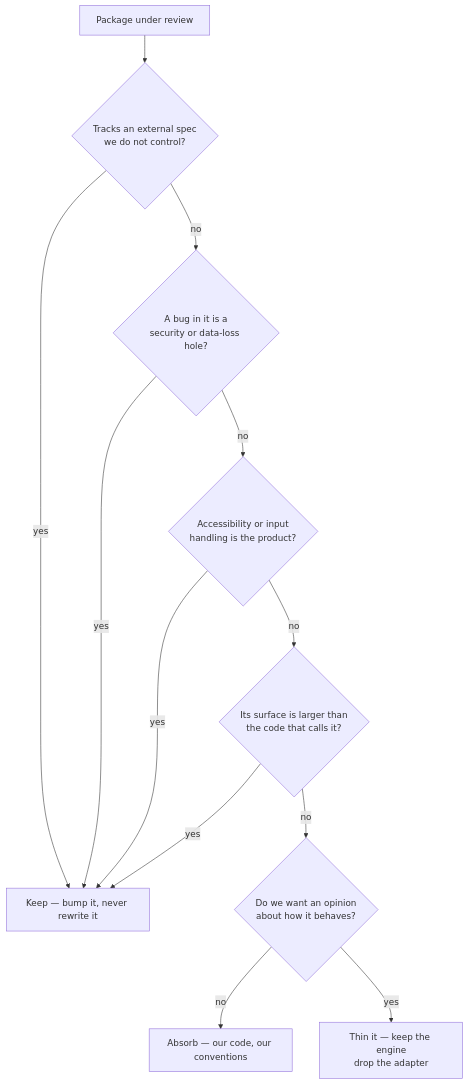
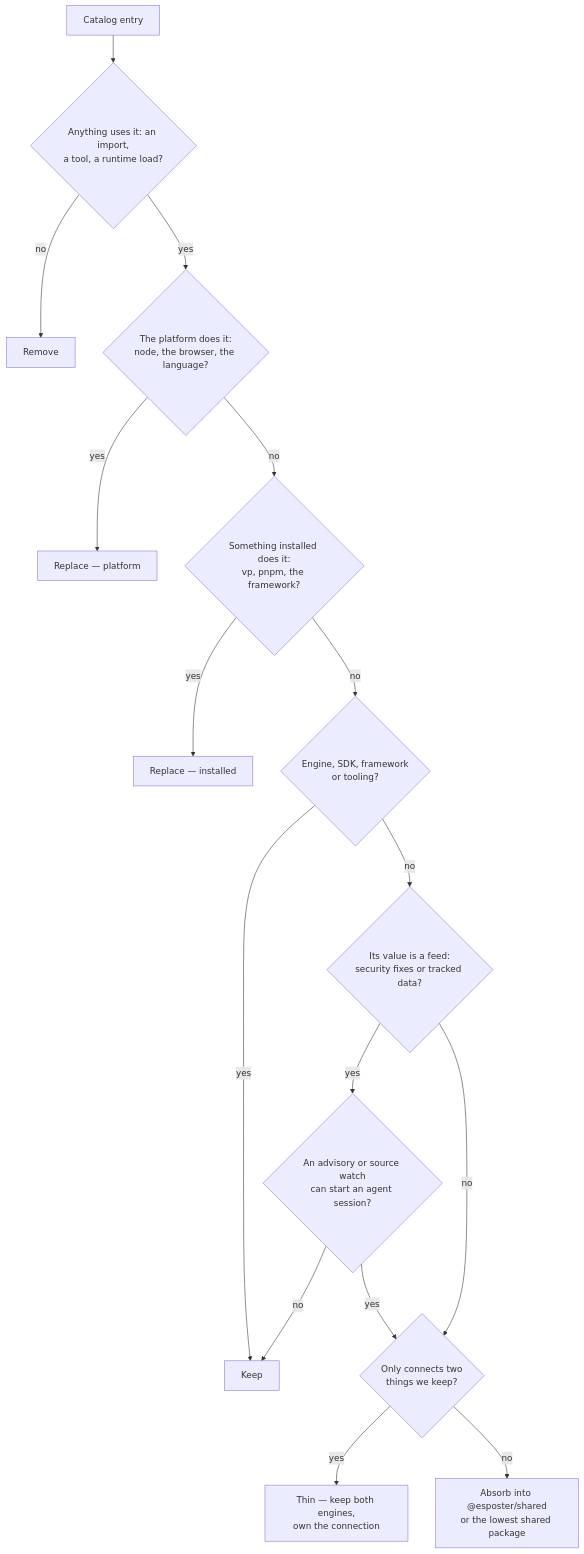
The first of 3 diagrams in apps/web/content/docs/architecture/dependency-admission.md (Esposter/Esposter), drawn with Mermaid before and after one commit. The commit also changed other lines of this file and 2 other files, not shown here.

First line of the commit message:
docs(architecture): the admission gate puts the platform and what is installed first, and absorbs a small stable utility by default, since its maintenance is an agent's compute

````diff
--- a/apps/web/content/docs/architecture/dependency-admission.md
+++ b/apps/web/content/docs/architecture/dependency-admission.md
@@ -28,23 +28,32 @@
 ```mermaid
 flowchart TD
-  candidate["Package under review"]
-  spec{"Tracks an external spec<br/>we do not control?"}
-  security{"A bug in it is a<br/>security or data-loss hole?"}
-  a11y{"Accessibility or input<br/>handling is the product?"}
-  size{"Its surface is larger than<br/>the code that calls it?"}
-  own{"Do we want an opinion<br/>about how it behaves?"}
-  keep["Keep — bump it, never rewrite it"]
-  absorb["Absorb — our code, our conventions"]
-  thin["Thin it — keep the engine<br/>drop the adapter"]
-  candidate --> spec
-  spec -->|yes| keep
-  spec -->|no| security
-  security -->|yes| keep
-  security -->|no| a11y
-  a11y -->|yes| keep
-  a11y -->|no| size
-  size -->|yes| keep
-  size -->|no| own
-  own -->|no| absorb
-  own -->|yes| thin
+  candidate["Catalog entry"]
+  used{"Anything uses it: an import,<br/>a tool, a runtime load?"}
+  platform{"The platform does it:<br/>node, the browser, the language?"}
+  installed{"Something installed does it:<br/>vp, pnpm, the framework?"}
+  heavy{"Engine, SDK, framework<br/>or tooling?"}
+  feed{"Its value is a feed:<br/>security fixes or tracked data?"}
+  watch{"An advisory or source watch<br/>can start an agent session?"}
+  adapter{"Only connects two<br/>things we keep?"}
+  remove["Remove"]
+  usePlatform["Replace — platform"]
+  useInstalled["Replace — installed"]
+  keep["Keep"]
+  absorb["Absorb into @esposter/shared<br/>or the lowest shared package"]
+  thin["Thin — keep both engines,<br/>own the connection"]
+  candidate --> used
+  used -->|no| remove
+  used -->|yes| platform
+  platform -->|yes| usePlatform
+  platform -->|no| installed
+  installed -->|yes| useInstalled
+  installed -->|no| heavy
+  heavy -->|yes| keep
+  heavy -->|no| feed
+  feed -->|yes| watch
+  watch -->|no| keep
+  watch -->|yes| adapter
+  feed -->|no| adapter
+  adapter -->|yes| thin
+  adapter -->|no| absorb
 ```
````
